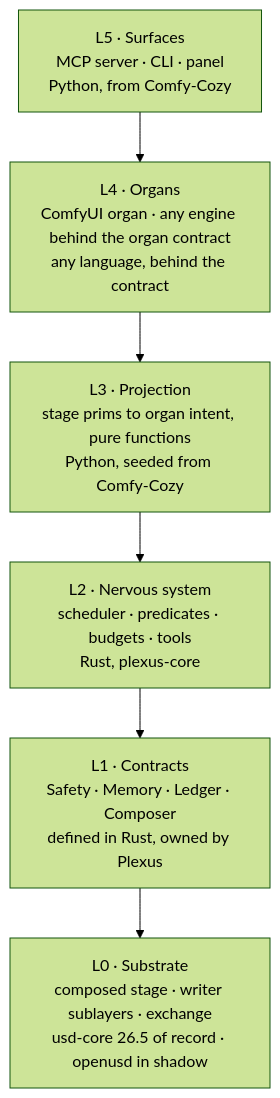
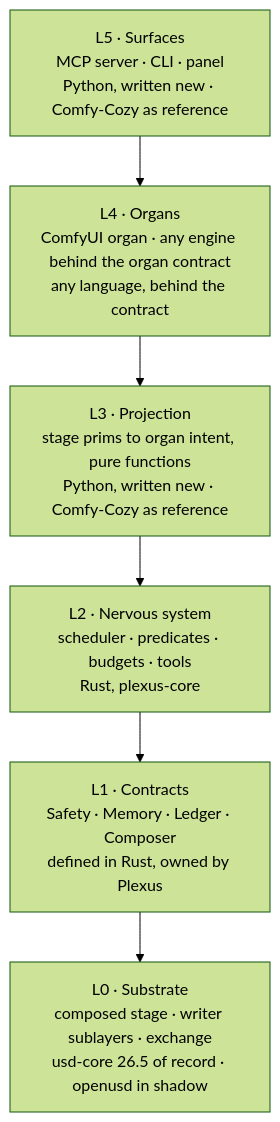
The second of 6 diagrams in docs/plexus/DIAGRAMS.md (JosephOIbrahim/Plexus), drawn with Mermaid (forest theme) before and after one commit. The commit also changed other lines of this file and 12 other files, not shown here.

First line of the commit message:
docs: Comfy-Cozy is an architecture reference only (Joe, Nov 1)

````diff
--- a/docs/plexus/DIAGRAMS.md
+++ b/docs/plexus/DIAGRAMS.md
@@ -43,10 +43,10 @@
 ```mermaid
 flowchart TB
-    L5["L5 · Surfaces<br/>MCP server · CLI · panel<br/>Python, from Comfy-Cozy"]
+    L5["L5 · Surfaces<br/>MCP server · CLI · panel<br/>Python, written new · Comfy-Cozy as reference"]
     L4["L4 · Organs<br/>ComfyUI organ · any engine behind the organ contract<br/>any language, behind the contract"]
-    L3["L3 · Projection<br/>stage prims to organ intent, pure functions<br/>Python, seeded from Comfy-Cozy"]
+    L3["L3 · Projection<br/>stage prims to organ intent, pure functions<br/>Python, written new · Comfy-Cozy as reference"]
     L2["L2 · Nervous system<br/>scheduler · predicates · budgets · tools<br/>Rust, plexus-core"]
     L1["L1 · Contracts<br/>Safety · Memory · Ledger · Composer<br/>defined in Rust, owned by Plexus"]
     L0["L0 · Substrate<br/>composed stage · writer sublayers · exchange<br/>usd-core 26.5 of record · openusd in shadow"]
     L5 --> L4 --> L3 --> L2 --> L1 --> L0
 ```
````
